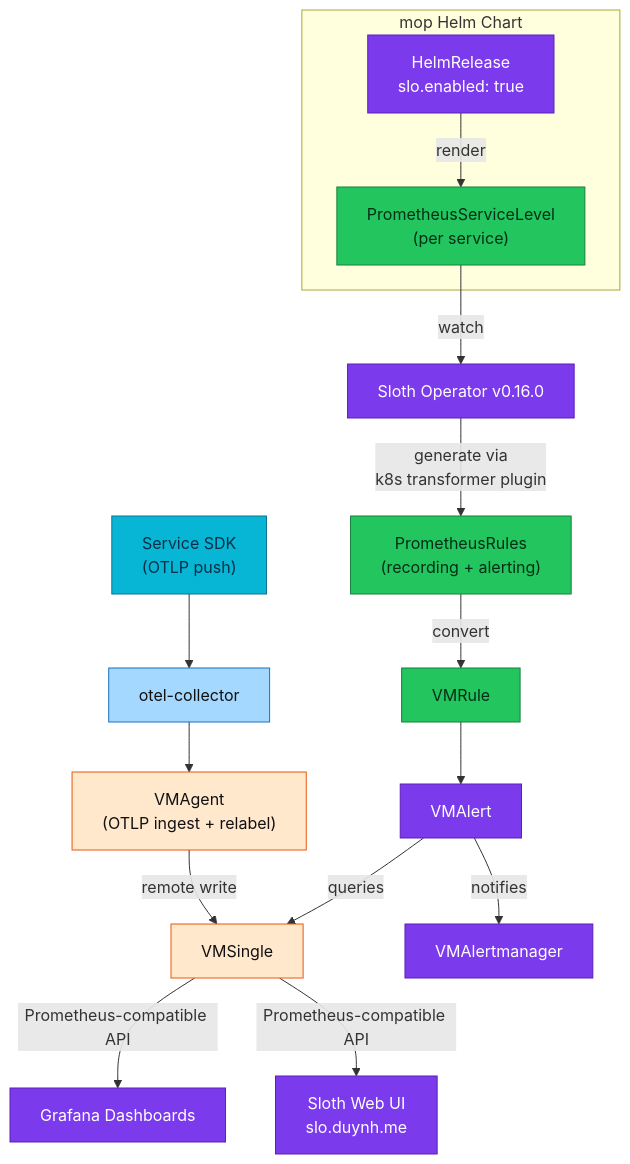
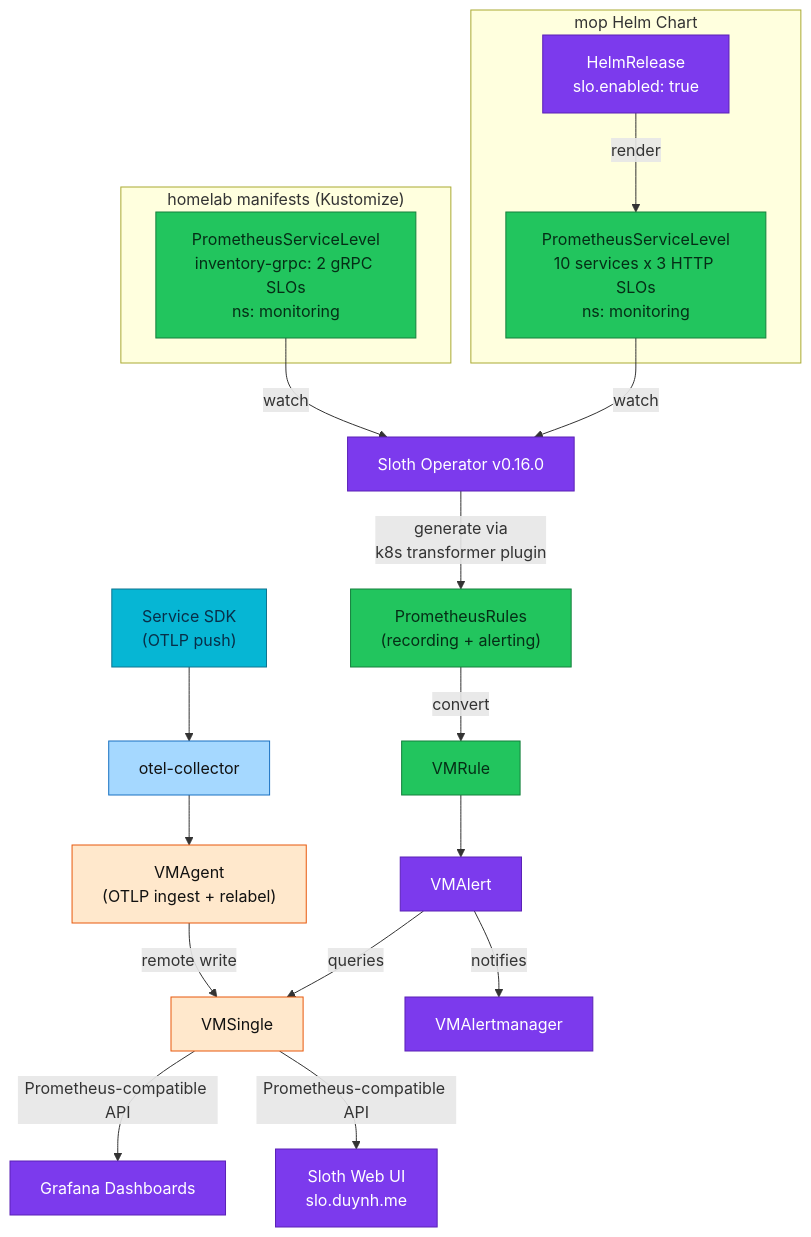
Before and after one commit to duynhlab/homelab: the diagram in docs/observability/slo/README.md, drawn with Mermaid. The commit also changed other lines of this file and 20 other files, not shown here.

````diff
--- a/docs/observability/slo/README.md
+++ b/docs/observability/slo/README.md
@@ -21,29 +32,34 @@
 ```mermaid
 flowchart TD
     subgraph helmChart ["mop Helm Chart"]
-        HR["HelmRelease<br/>slo.enabled: true"] -->|render| PSL["PrometheusServiceLevel<br/>(per service)"]
+        HR["HelmRelease<br/>slo.enabled: true"] -->|render| PSL["PrometheusServiceLevel<br/>10 services x 3 HTTP SLOs<br/>ns: monitoring"]
+    end
+
+    subgraph handWritten ["homelab manifests (Kustomize)"]
+        GRPC["PrometheusServiceLevel<br/>inventory-grpc: 2 gRPC SLOs<br/>ns: monitoring"]
     end
 
     PSL -->|watch| Sloth["Sloth Operator v0.16.0"]
+    GRPC -->|watch| Sloth
     Sloth -->|generate via<br/>k8s transformer plugin| PR["PrometheusRules<br/>(recording + alerting)"]
     PR -->|convert| VMR["VMRule"]
     VMR --> VMA["VMAlert"]
     VMA -->|queries| VMS["VMSingle"]
     VMA -->|notifies| VMAM["VMAlertmanager"]
     VMS -->|Prometheus-compatible API| Grafana["Grafana Dashboards"]
     VMS -->|Prometheus-compatible API| SlothUI["Sloth Web UI<br/>slo.duynh.me"]
 
     App["Service SDK<br/>(OTLP push)"] --> OC["otel-collector"]
     OC --> VMAgent["VMAgent<br/>(OTLP ingest + relabel)"]
     VMAgent -->|remote write| VMS
     classDef service fill:#06b6d4,color:#082f49,stroke:#0e7490;
     classDef data fill:#22c55e,color:#052e16,stroke:#15803d;
     classDef metric fill:#ffe8cc,color:#111,stroke:#e8590c;
     classDef collector fill:#a5d8ff,color:#111,stroke:#1971c2;
     classDef platform fill:#7c3aed,color:#fff,stroke:#5b21b6;
     class App service;
     class OC collector;
-    class PSL,PR,VMR data;
+    class PSL,GRPC,PR,VMR data;
     class VMS,VMAgent metric;
     class HR,Sloth,VMA,VMAM,Grafana,SlothUI platform;
 ```
````
